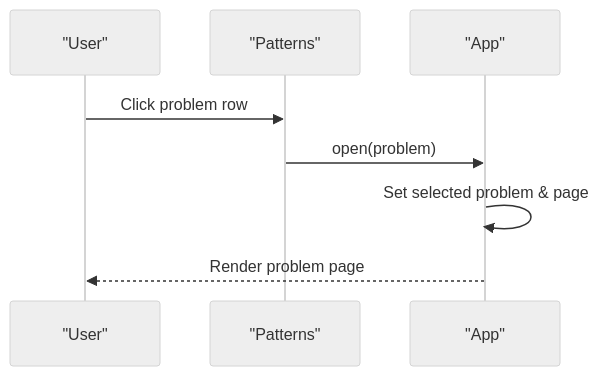
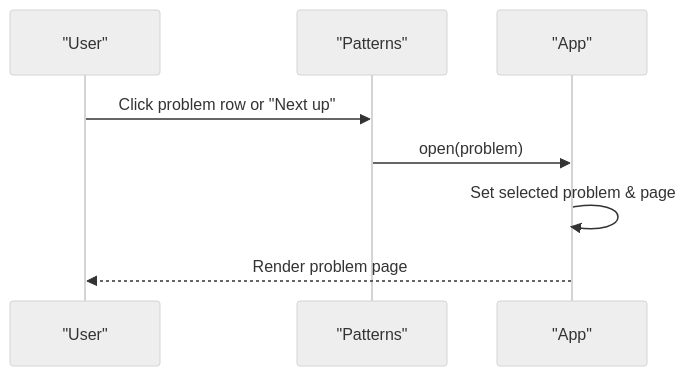
Before and after one commit to iamrituraj/DSA-Tracker: the eighth of 10 diagrams in .qoder/repowiki/en/content/Frontend Application/Patterns Component.md, drawn with Mermaid (neutral theme). The commit also changed other lines of this file and 8 other files, not shown here.

````diff
--- a/.qoder/repowiki/en/content/Frontend Application/Patterns Component.md
+++ b/.qoder/repowiki/en/content/Frontend Application/Patterns Component.md
@@ -198,10 +251,10 @@
 ```mermaid
 sequenceDiagram
 participant U as "User"
 participant PC as "Patterns"
 participant APP as "App"
-U->>PC : Click problem row
+U->>PC : Click problem row or "Next up"
 PC->>APP : open(problem)
 APP->>APP : Set selected problem & page
 APP-->>U : Render problem page
 ```
````
